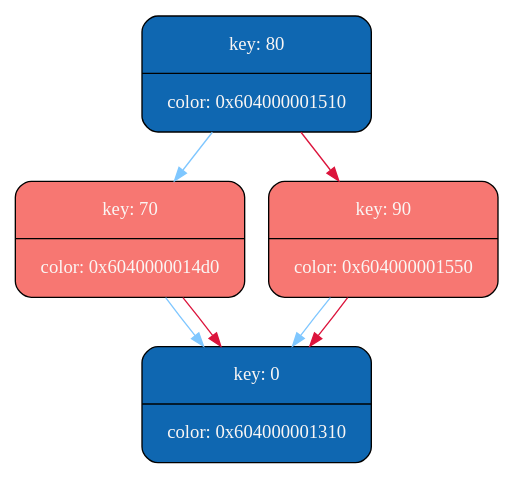
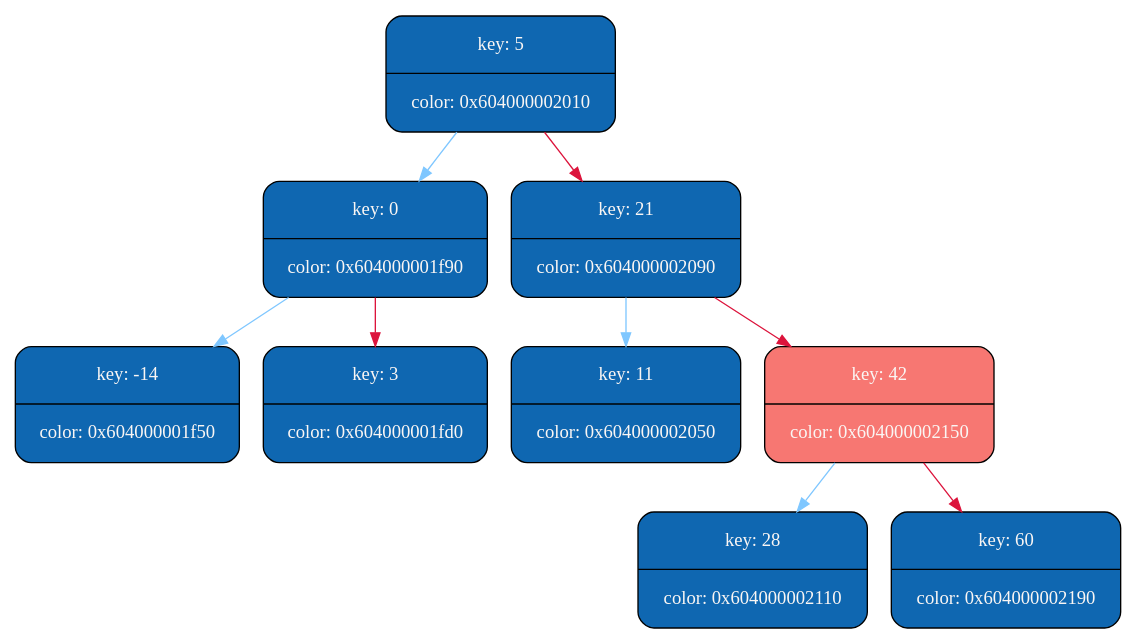
The diagram in rb_tree/graph_lib/tree_dump.dot (MaxGroshev/graph_algorithm), drawn with Graphviz before and after one commit. The commit also changed 9 other files, not shown here.

```diff
--- a/rb_tree/graph_lib/tree_dump.dot
+++ b/rb_tree/graph_lib/tree_dump.dot
@@ -1,19 +1,23 @@
 digraph   
 {
 rankdir = ""
 splines = "true"
 
-node0x604000001510 [shape      = "Mrecord", width = 1.1, height = 1.21,  fillcolor   = "#0F67B1", style = "filled", fontcolor= " #FAF6F4", fontname = "Calibri", color = "0", label = "{key: 80| color: 0x604000001510}"]
-node0x604000001510 -> node0x6040000014d0 [color = "#7FC7FF", style = "", constraint = true, fillcolor = "#7FC7FF",   fontcolor = "", fontname = "Calibri", label = ""];
-node0x6040000014d0 [shape      = "Mrecord", width = 1.1, height = 1.21,  fillcolor   = "#F77772", style = "filled", fontcolor= " #FAF6F4", fontname = "Calibri", color = "1", label = "{key: 70| color: 0x6040000014d0}"]
-node0x6040000014d0 -> node0x604000001310 [color = "#7FC7FF", style = "", constraint = true, fillcolor = "#7FC7FF",   fontcolor = "", fontname = "Calibri", label = ""];
-node0x604000001310 [shape      = "Mrecord", width = 1.1, height = 1.21,  fillcolor   = "#0F67B1", style = "filled", fontcolor= " #FAF6F4", fontname = "Calibri", color = "0", label = "{key: 0| color: 0x604000001310}"]
-node0x6040000014d0 -> node0x604000001310 [color = "#DC143C", style = "", constraint = true, fillcolor = "#DC143C",   fontcolor = "", fontname = "Calibri", label = ""];
-node0x604000001310 [shape      = "Mrecord", width = 1.1, height = 1.21,  fillcolor   = "#0F67B1", style = "filled", fontcolor= " #FAF6F4", fontname = "Calibri", color = "0", label = "{key: 0| color: 0x604000001310}"]
-node0x604000001510 -> node0x604000001550 [color = "#DC143C", style = "", constraint = true, fillcolor = "#DC143C",   fontcolor = "", fontname = "Calibri", label = ""];
-node0x604000001550 [shape      = "Mrecord", width = 1.1, height = 1.21,  fillcolor   = "#F77772", style = "filled", fontcolor= " #FAF6F4", fontname = "Calibri", color = "1", label = "{key: 90| color: 0x604000001550}"]
-node0x604000001550 -> node0x604000001310 [color = "#7FC7FF", style = "", constraint = true, fillcolor = "#7FC7FF",   fontcolor = "", fontname = "Calibri", label = ""];
-node0x604000001310 [shape      = "Mrecord", width = 1.1, height = 1.21,  fillcolor   = "#0F67B1", style = "filled", fontcolor= " #FAF6F4", fontname = "Calibri", color = "0", label = "{key: 0| color: 0x604000001310}"]
-node0x604000001550 -> node0x604000001310 [color = "#DC143C", style = "", constraint = true, fillcolor = "#DC143C",   fontcolor = "", fontname = "Calibri", label = ""];
-node0x604000001310 [shape      = "Mrecord", width = 1.1, height = 1.21,  fillcolor   = "#0F67B1", style = "filled", fontcolor= " #FAF6F4", fontname = "Calibri", color = "0", label = "{key: 0| color: 0x604000001310}"]
+node0x604000002010 [shape      = "Mrecord", width = 1.1, height = 1.21,  fillcolor   = "#0F67B1", style = "filled", fontcolor= " #FAF6F4", fontname = "Calibri", color = "0", label = "{key: 5| color: 0x604000002010}"]
+node0x604000002010 -> node0x604000001f90 [color = "#7FC7FF", style = "", constraint = true, fillcolor = "#7FC7FF",   fontcolor = "", fontname = "Calibri", label = ""];
+node0x604000001f90 [shape      = "Mrecord", width = 1.1, height = 1.21,  fillcolor   = "#0F67B1", style = "filled", fontcolor= " #FAF6F4", fontname = "Calibri", color = "0", label = "{key: 0| color: 0x604000001f90}"]
+node0x604000001f90 -> node0x604000001f50 [color = "#7FC7FF", style = "", constraint = true, fillcolor = "#7FC7FF",   fontcolor = "", fontname = "Calibri", label = ""];
+node0x604000001f50 [shape      = "Mrecord", width = 1.1, height = 1.21,  fillcolor   = "#0F67B1", style = "filled", fontcolor= " #FAF6F4", fontname = "Calibri", color = "0", label = "{key: -14| color: 0x604000001f50}"]
+node0x604000001f90 -> node0x604000001fd0 [color = "#DC143C", style = "", constraint = true, fillcolor = "#DC143C",   fontcolor = "", fontname = "Calibri", label = ""];
+node0x604000001fd0 [shape      = "Mrecord", width = 1.1, height = 1.21,  fillcolor   = "#0F67B1", style = "filled", fontcolor= " #FAF6F4", fontname = "Calibri", color = "0", label = "{key: 3| color: 0x604000001fd0}"]
+node0x604000002010 -> node0x604000002090 [color = "#DC143C", style = "", constraint = true, fillcolor = "#DC143C",   fontcolor = "", fontname = "Calibri", label = ""];
+node0x604000002090 [shape      = "Mrecord", width = 1.1, height = 1.21,  fillcolor   = "#0F67B1", style = "filled", fontcolor= " #FAF6F4", fontname = "Calibri", color = "0", label = "{key: 21| color: 0x604000002090}"]
+node0x604000002090 -> node0x604000002050 [color = "#7FC7FF", style = "", constraint = true, fillcolor = "#7FC7FF",   fontcolor = "", fontname = "Calibri", label = ""];
+node0x604000002050 [shape      = "Mrecord", width = 1.1, height = 1.21,  fillcolor   = "#0F67B1", style = "filled", fontcolor= " #FAF6F4", fontname = "Calibri", color = "0", label = "{key: 11| color: 0x604000002050}"]
+node0x604000002090 -> node0x604000002150 [color = "#DC143C", style = "", constraint = true, fillcolor = "#DC143C",   fontcolor = "", fontname = "Calibri", label = ""];
+node0x604000002150 [shape      = "Mrecord", width = 1.1, height = 1.21,  fillcolor   = "#F77772", style = "filled", fontcolor= " #FAF6F4", fontname = "Calibri", color = "1", label = "{key: 42| color: 0x604000002150}"]
+node0x604000002150 -> node0x604000002110 [color = "#7FC7FF", style = "", constraint = true, fillcolor = "#7FC7FF",   fontcolor = "", fontname = "Calibri", label = ""];
+node0x604000002110 [shape      = "Mrecord", width = 1.1, height = 1.21,  fillcolor   = "#0F67B1", style = "filled", fontcolor= " #FAF6F4", fontname = "Calibri", color = "0", label = "{key: 28| color: 0x604000002110}"]
+node0x604000002150 -> node0x604000002190 [color = "#DC143C", style = "", constraint = true, fillcolor = "#DC143C",   fontcolor = "", fontname = "Calibri", label = ""];
+node0x604000002190 [shape      = "Mrecord", width = 1.1, height = 1.21,  fillcolor   = "#0F67B1", style = "filled", fontcolor= " #FAF6F4", fontname = "Calibri", color = "0", label = "{key: 60| color: 0x604000002190}"]
 }
```
